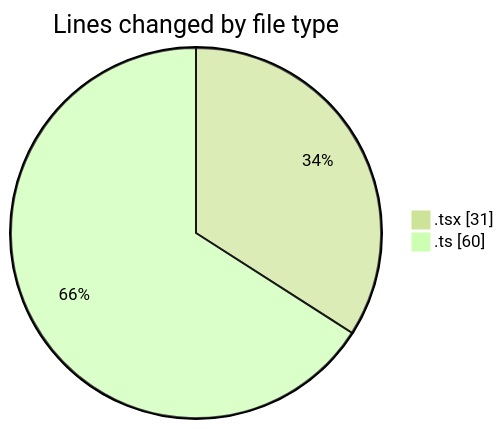
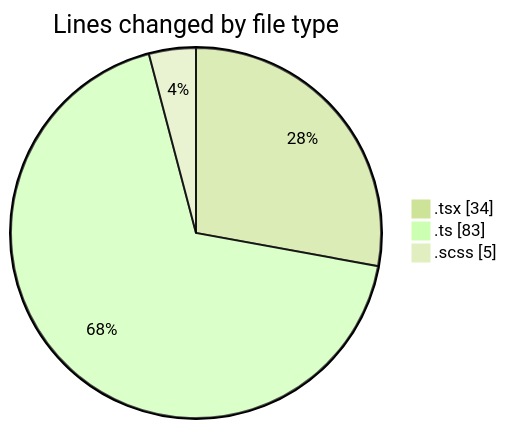
Before and after one commit to momahboobian/code-tracking: the first of 2 diagrams in 2025-10-07/cda/README.md, drawn with Mermaid (forest theme). The commit also changed other lines of this file and 1 other file, not shown here.

````diff
--- a/2025-10-07/cda/README.md
+++ b/2025-10-07/cda/README.md
@@ -22,6 +24,7 @@
 ```mermaid
 pie showData
 title Lines changed by file type
-".tsx" : 31
-".ts" : 60
+".tsx" : 34
+".ts" : 83
+".scss" : 5
 ```
````
